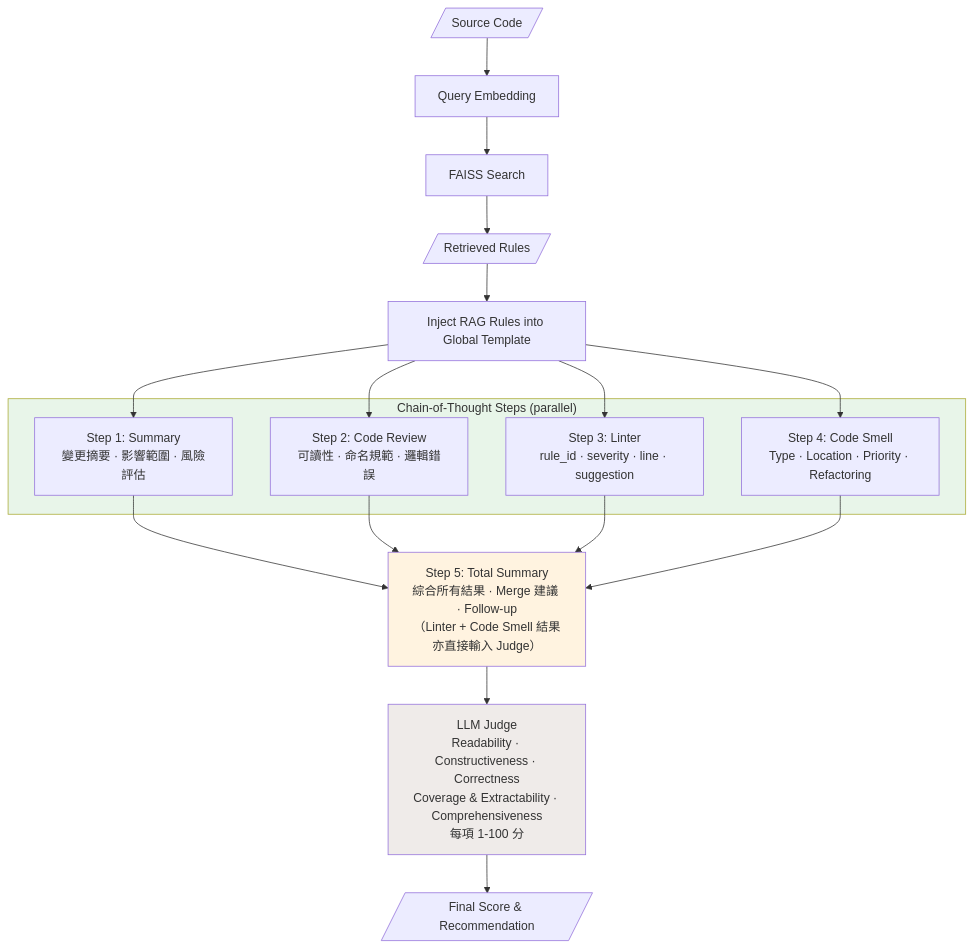
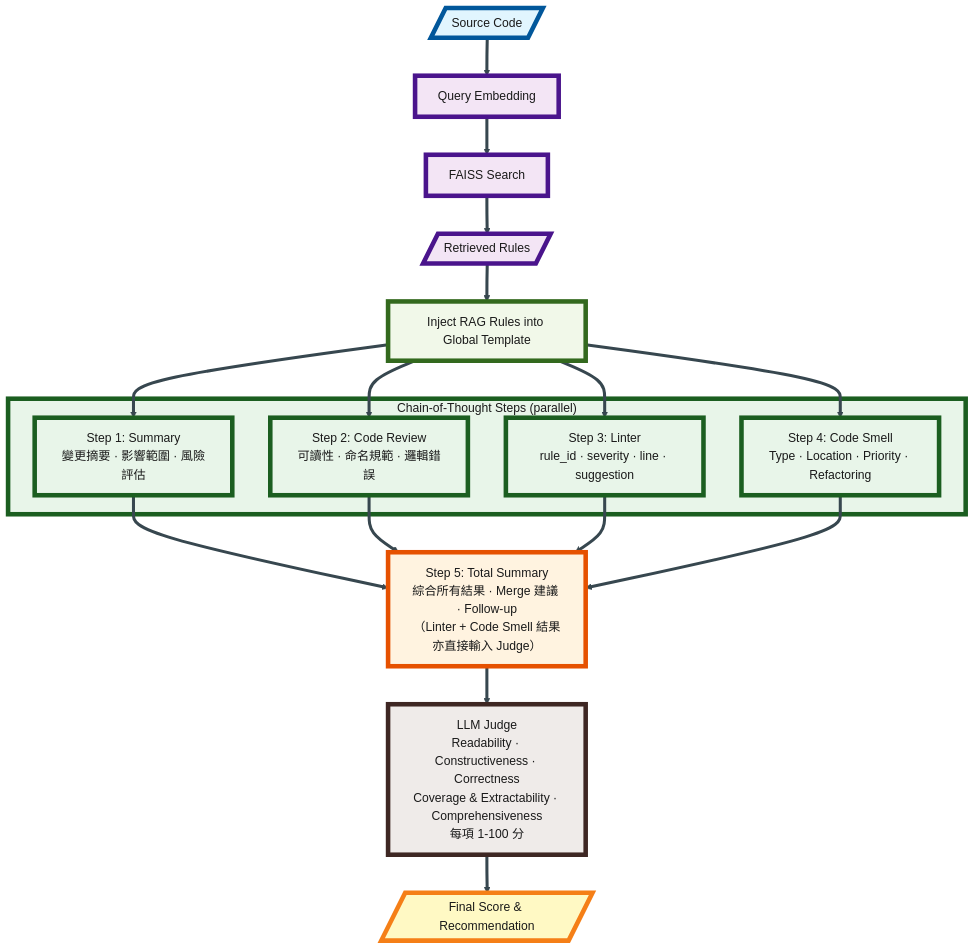
The second of 3 diagrams in architecture.md (JE-Chen/Code-Review-Framework-Combining-Large-Language-Models-and-Chain-of-Thought-Reasoning), drawn with Mermaid before and after one commit. The commit also changed other lines of this file and 6 other files, not shown here.

First line of the commit message:
docs: Refresh architecture, results summary, and slide build notes

````diff
--- a/architecture.md
+++ b/architecture.md
@@ -54,29 +67,41 @@
 ```mermaid
+%%{init: {'themeVariables': {'fontSize': '52px', 'fontFamily': 'Arial, "Microsoft JhengHei", sans-serif'}, 'flowchart': {'padding': 36, 'nodeSpacing': 100, 'rankSpacing': 100}}}%%
 graph TB
     CODE[/"Source Code"/]
     CODE --> EMB["Query Embedding"]
     EMB --> FAISS["FAISS Search"]
     FAISS --> RULES[/"Retrieved Rules"/]
     RULES --> INJECT["Inject RAG Rules into Global Template"]
 
     INJECT --> S1 & S2 & S3 & S4
 
     subgraph COT["Chain-of-Thought Steps (parallel)"]
         S1["Step 1: Summary<br/>變更摘要 · 影響範圍 · 風險評估"]
         S2["Step 2: Code Review<br/>可讀性 · 命名規範 · 邏輯錯誤"]
         S3["Step 3: Linter<br/>rule_id · severity · line · suggestion"]
         S4["Step 4: Code Smell<br/>Type · Location · Priority · Refactoring"]
     end
 
     S1 & S2 & S3 & S4 --> TS
 
     TS["Step 5: Total Summary<br/>綜合所有結果 · Merge 建議 · Follow-up<br/>（Linter + Code Smell 結果亦直接輸入 Judge）"]
 
     TS --> JUDGE["LLM Judge<br/>Readability · Constructiveness · Correctness<br/>Coverage & Extractability · Comprehensiveness<br/>每項 1-100 分"]
 
     JUDGE --> FINAL[/"Final Score & Recommendation"/]
 
-    style COT fill:#e8f5e9
-    style TS fill:#fff3e0
-    style JUDGE fill:#efebe9
+    style CODE fill:#e1f5fe,stroke:#01579b,stroke-width:6px,color:#1a1a1a
+    style EMB fill:#f3e5f5,stroke:#4a148c,stroke-width:6px,color:#1a1a1a
+    style FAISS fill:#f3e5f5,stroke:#4a148c,stroke-width:6px,color:#1a1a1a
+    style RULES fill:#f3e5f5,stroke:#4a148c,stroke-width:6px,color:#1a1a1a
+    style INJECT fill:#f1f8e9,stroke:#33691e,stroke-width:6px,color:#1a1a1a
+    style S1 fill:#e8f5e9,stroke:#1b5e20,stroke-width:6px,color:#1a1a1a
+    style S2 fill:#e8f5e9,stroke:#1b5e20,stroke-width:6px,color:#1a1a1a
+    style S3 fill:#e8f5e9,stroke:#1b5e20,stroke-width:6px,color:#1a1a1a
+    style S4 fill:#e8f5e9,stroke:#1b5e20,stroke-width:6px,color:#1a1a1a
+    style COT fill:#e8f5e9,stroke:#1b5e20,stroke-width:6px,color:#1a1a1a
+    style TS fill:#fff3e0,stroke:#e65100,stroke-width:6px,color:#1a1a1a
+    style JUDGE fill:#efebe9,stroke:#3e2723,stroke-width:6px,color:#1a1a1a
+    style FINAL fill:#fff9c4,stroke:#f57f17,stroke-width:6px,color:#1a1a1a
+    linkStyle default stroke:#37474f,stroke-width:4px
 ```
````
